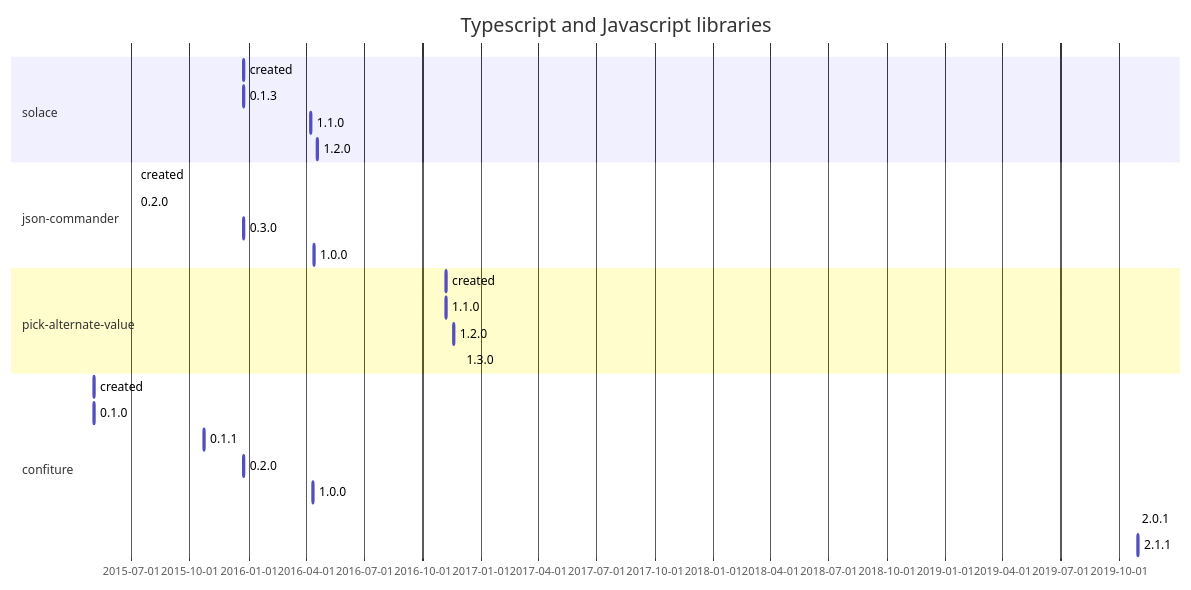
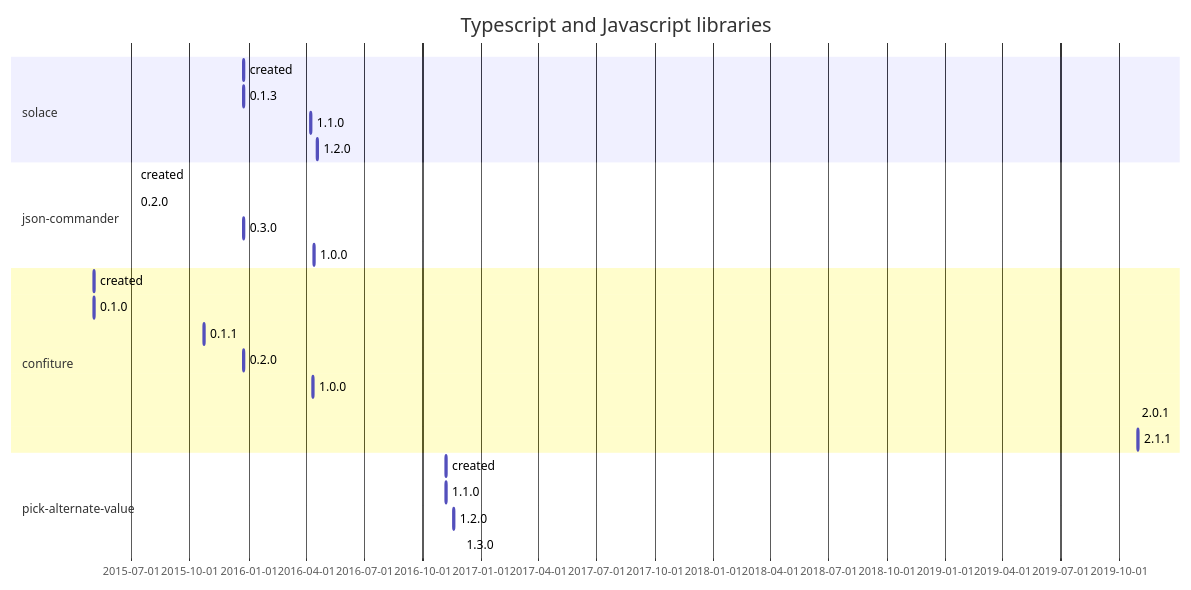
One commit to flarebyte/overview changed the second of 4 diagrams in SOFTWARE-TIMELINE.md. Above: the diagram before and after it, drawn with Mermaid. The commit also changed other lines of this file and 1 other file, not shown here.

````diff
--- a/SOFTWARE-TIMELINE.md
+++ b/SOFTWARE-TIMELINE.md
@@ -66,36 +66,36 @@
 ```mermaid
 gantt
     title Typescript and Javascript libraries
     dateFormat  YYYY-MM-DD
 
     section solace
     created:, 2015-12-25, 1d
     0.1.3:, 2015-12-25, 1d
     1.1.0:, 2016-04-08, 1d
     1.2.0:, 2016-04-18, 1d
 
 
     section json-commander
     created:, 2015-07-07, 1d
     0.2.0:, 2015-07-07, 1d
     0.3.0:, 2015-12-25, 1d
     1.0.0:, 2016-04-13, 1d
 
 
-    section pick-alternate-value
-    created:, 2016-11-07, 1d
-    1.1.0:, 2016-11-07, 1d
-    1.2.0:, 2016-11-19, 1d
-    1.3.0:, 2016-11-30, 1d
-
-
     section confiture
     created:, 2015-05-03, 1d
     0.1.0:, 2015-05-03, 1d
     0.1.1:, 2015-10-23, 1d
     0.2.0:, 2015-12-25, 1d
     1.0.0:, 2016-04-12, 1d
     2.0.1:, 2019-10-28, 1d
     2.1.1:, 2019-10-31, 1d
 
+
+    section pick-alternate-value
+    created:, 2016-11-07, 1d
+    1.1.0:, 2016-11-07, 1d
+    1.2.0:, 2016-11-19, 1d
+    1.3.0:, 2016-11-30, 1d
+
 ```
````
